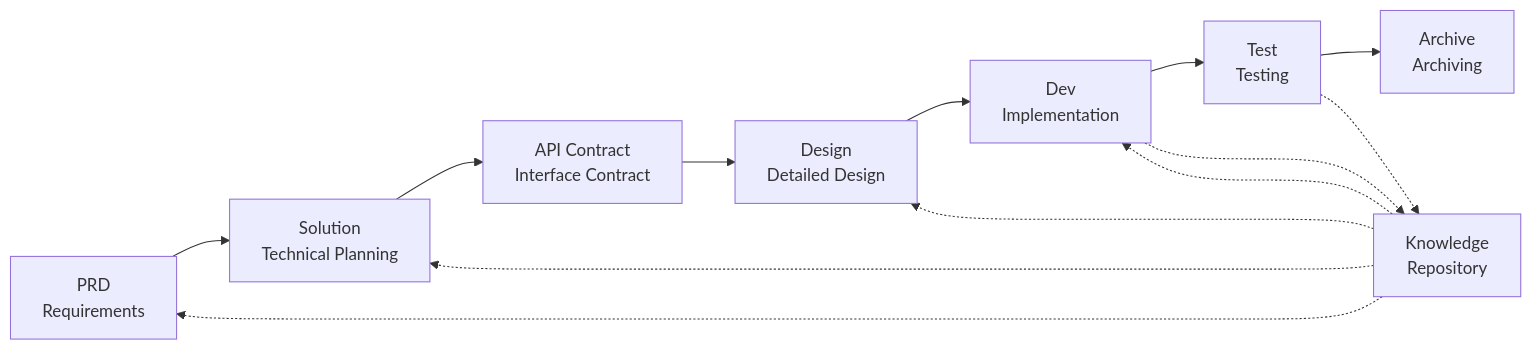
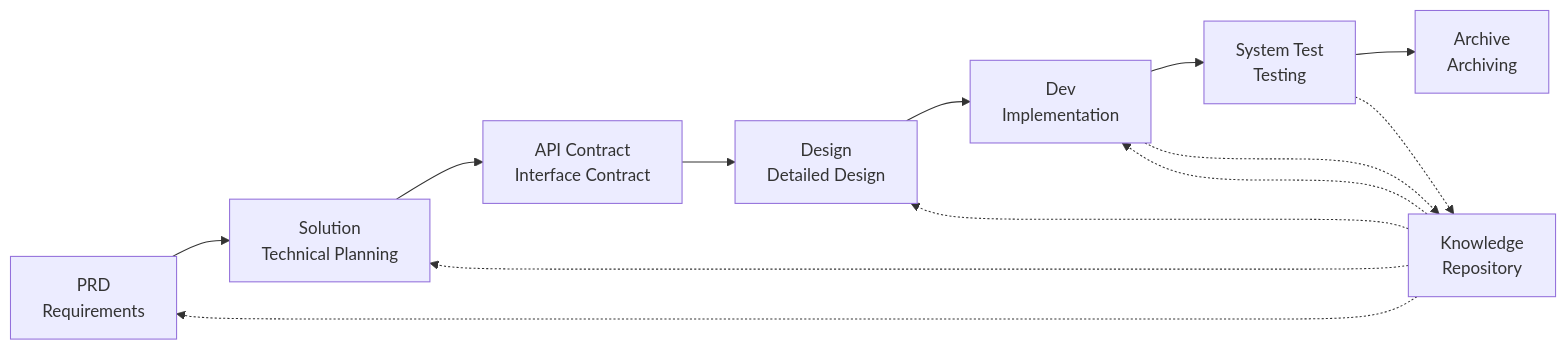
One commit to charlesmu99/speccrew changed the diagram in README.en.md. Above: the diagram before and after it, drawn with Mermaid. The commit also changed other lines of this file and 3 other files, not shown here.

Commit message:
docs: update all README files with npm install instructions and latest agent/skill architecture

````diff
--- a/README.en.md
+++ b/README.en.md
@@ -90,17 +96,17 @@
 ```mermaid
 graph LR
     A[PRD<br/>Requirements] --> B[Solution<br/>Technical Planning]
     B --> C[API Contract<br/>Interface Contract]
     C --> D[Design<br/>Detailed Design]
     D --> E[Dev<br/>Implementation]
-    E --> F[Test<br/>Testing]
+    E --> F[System Test<br/>Testing]
     F --> G[Archive<br/>Archiving]
     
     H[Knowledge<br/>Repository] -.-> A
     H -.-> B
     H -.-> D
     H -.-> E
     
     E -.-> H
     F -.-> H
 ```
````
